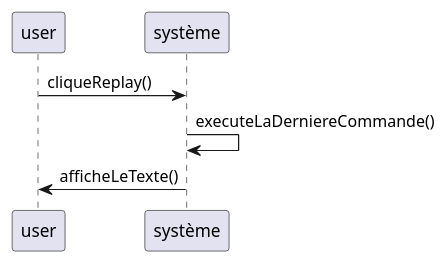
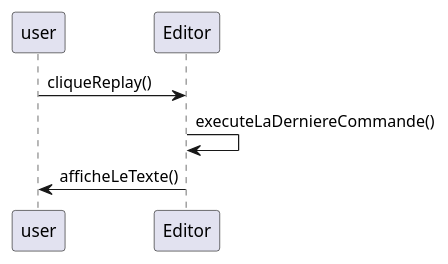
Before and after one commit to kiurow590/ESIR2_OMD_Project_Editor: the diagram in UMLDiag/v2/SequenceReplay.puml, drawn with PlantUML. The commit also changed 2 other files, not shown here.

```diff
--- a/UMLDiag/v2/SequenceReplay.puml
+++ b/UMLDiag/v2/SequenceReplay.puml
@@ -1,6 +1,6 @@
 @startuml
 'https://plantuml.com/sequence-diagram
-user -> système : cliqueReplay()
-système -> système : executeLaDerniereCommande()
-système -> user : afficheLeTexte()
+user -> Editor : cliqueReplay()
+Editor -> Editor : executeLaDerniereCommande()
+Editor -> user : afficheLeTexte()
 @enduml
```
